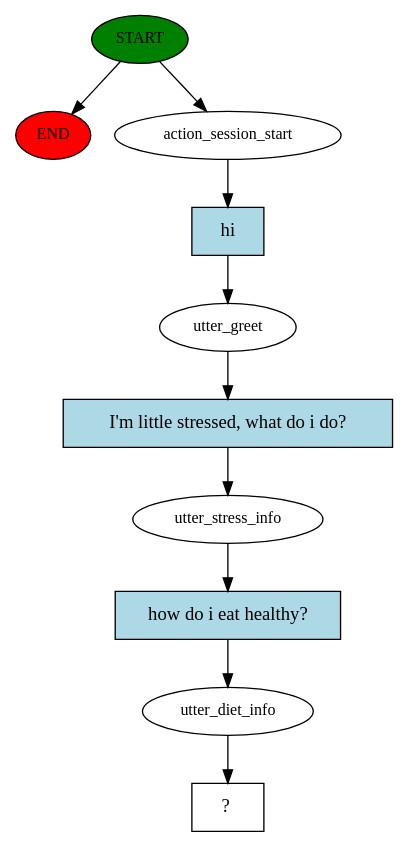
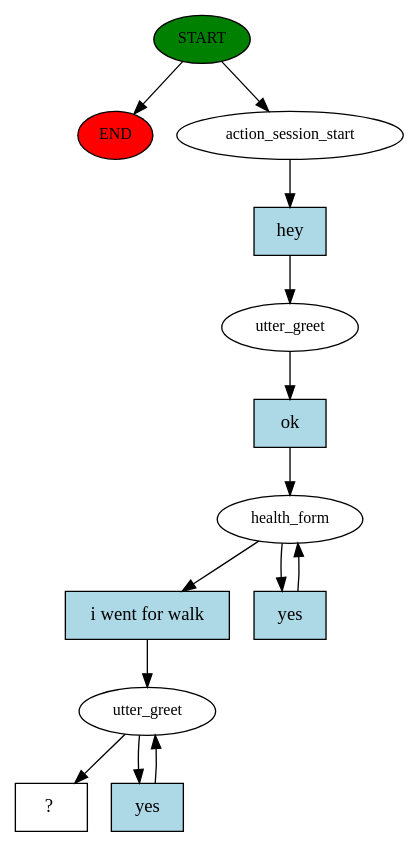
Before and after one commit to kmanadkat/rasa-wellness-bot: the diagram in backend/story_graph.dot, drawn with Graphviz. The commit also changed 6 other files, not shown here.

Commit message:
Added Health form - not fully working yet

```diff
--- a/backend/story_graph.dot
+++ b/backend/story_graph.dot
@@ -1,21 +1,27 @@
 digraph  {
 0 [class="start active", fillcolor=green, fontsize=12, label=START, style=filled];
 "-1" [class=end, fillcolor=red, fontsize=12, label=END, style=filled];
 1 [class=active, fontsize=12, label=action_session_start];
 2 [class=active, fontsize=12, label=utter_greet];
-3 [class=active, fontsize=12, label=utter_stress_info];
-4 [class=active, fontsize=12, label=utter_diet_info];
-5 [class="intent dashed active", label="  ?  ", shape=rect];
-6 [class="intent active", fillcolor=lightblue, label=hi, shape=rect, style=filled];
-7 [class="intent active", fillcolor=lightblue, label="I'm little stressed, what do i do?", shape=rect, style=filled];
-8 [class="intent active", fillcolor=lightblue, label="how do i eat healthy?", shape=rect, style=filled];
+3 [class=active, fontsize=12, label=health_form];
+5 [class=active, fontsize=12, label=utter_greet];
+7 [class="intent dashed active", label="  ?  ", shape=rect];
+8 [class="intent active", fillcolor=lightblue, label=hey, shape=rect, style=filled];
+9 [class="intent active", fillcolor=lightblue, label=ok, shape=rect, style=filled];
+10 [class="intent active", fillcolor=lightblue, label="i went for walk", shape=rect, style=filled];
+11 [class="intent active", fillcolor=lightblue, label=yes, shape=rect, style=filled];
+12 [class="intent active", fillcolor=lightblue, label=yes, shape=rect, style=filled];
 0 -> "-1"  [class="", key=NONE, label=""];
 0 -> 1  [class=active, key=NONE, label=""];
-1 -> 6  [class=active, key=0];
-2 -> 7  [class=active, key=0];
-3 -> 8  [class=active, key=0];
-4 -> 5  [class=active, key=NONE, label=""];
-6 -> 2  [class=active, key=0];
-7 -> 3  [class=active, key=0];
-8 -> 4  [class=active, key=0];
+1 -> 8  [class=active, key=0];
+2 -> 9  [class=active, key=0];
+3 -> 10  [class=active, key=0];
+3 -> 11  [class=active, key=0];
+5 -> 7  [class=active, key=NONE, label=""];
+5 -> 12  [class=active, key=0];
+8 -> 2  [class=active, key=0];
+9 -> 3  [class=active, key=0];
+10 -> 5  [class=active, key=0];
+11 -> 3  [class=active, key=0];
+12 -> 5  [class=active, key=0];
 }
```
